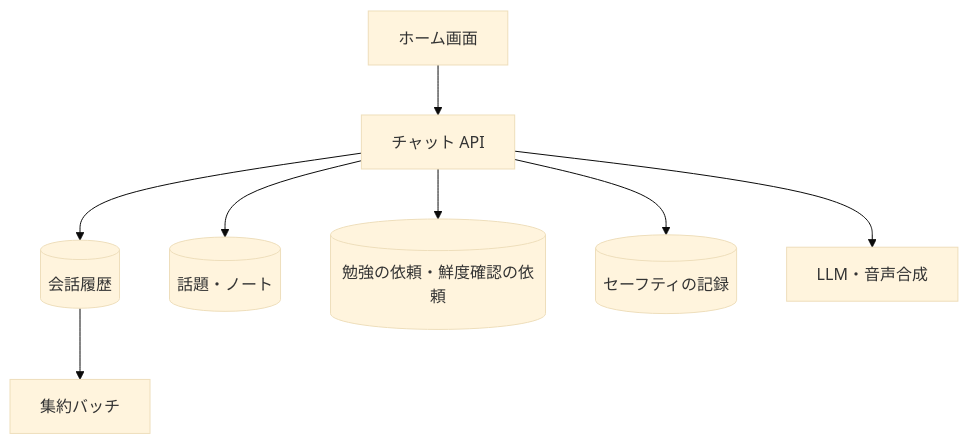
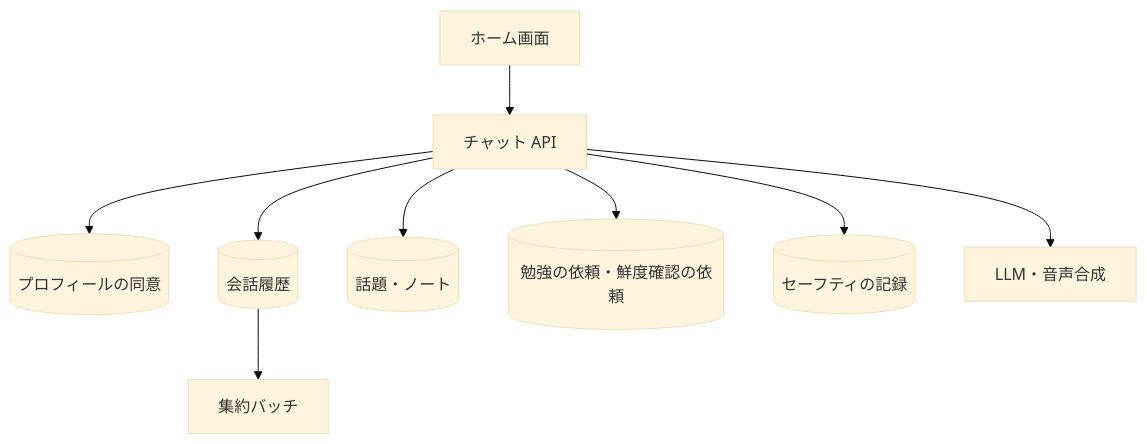
Before and after one commit to nagiyu/nagiyu-platform: the second of 2 diagrams in docs/specs/livetalk/api/chat.md, drawn with Mermaid (base theme). The commit also changed other lines of this file and 5 other files, not shown here.

````diff
--- a/docs/specs/livetalk/api/chat.md
+++ b/docs/specs/livetalk/api/chat.md
@@ -94,10 +97,11 @@
 ```mermaid
 flowchart TD
     S[ホーム画面] --> A[チャット API]
+    A --> P[(プロフィールの同意)]
     A --> M[(会話履歴)]
     A --> T[(話題・ノート)]
     A --> Q[(勉強の依頼・鮮度確認の依頼)]
     A --> E[(セーフティの記録)]
     A --> L[LLM・音声合成]
     M --> B[集約バッチ]
 ```
````
